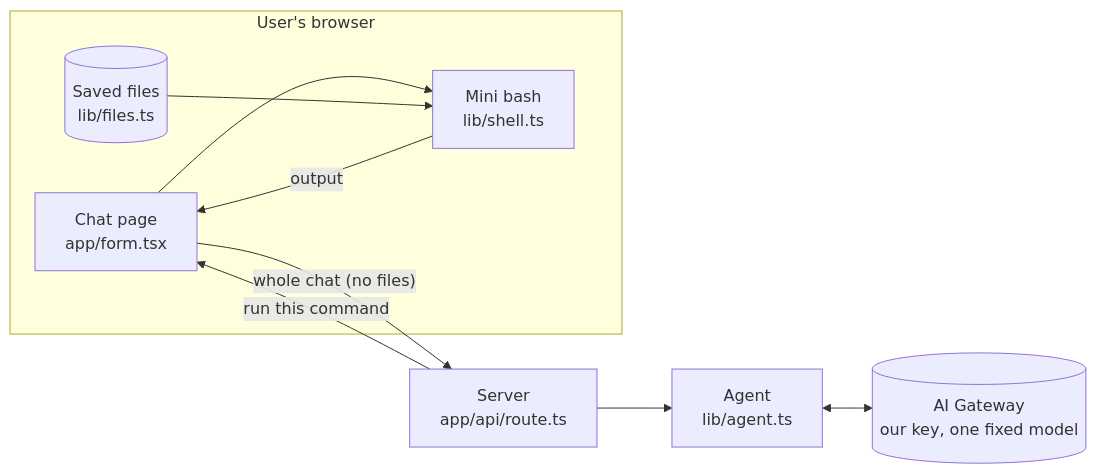
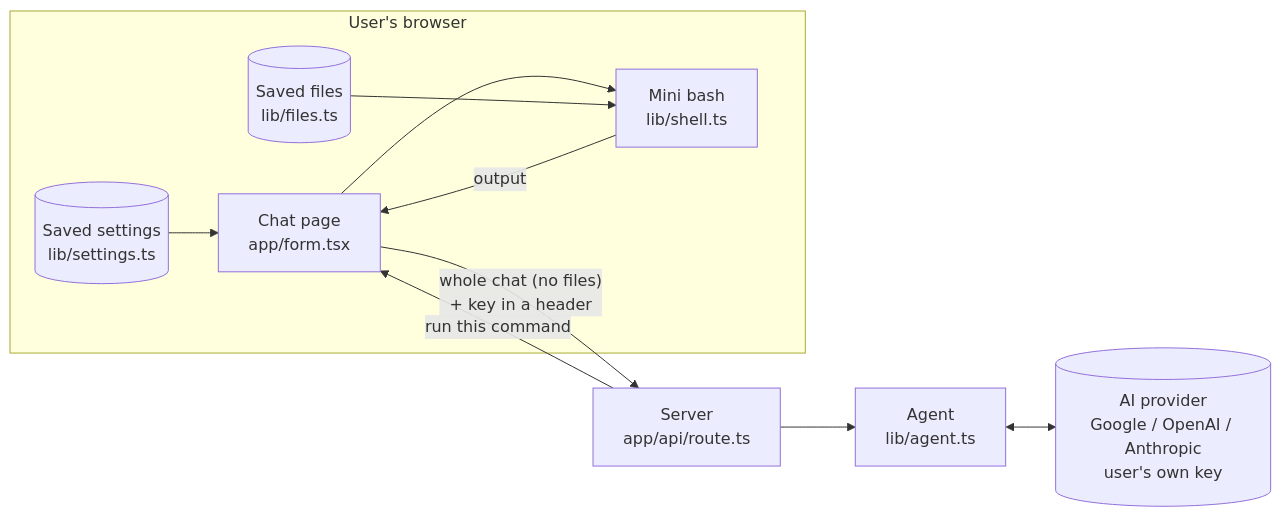
One commit to khushpanchal/filesystem-agent changed the first of 3 diagrams in docs/hld.md. Above: the diagram before and after it, drawn with Mermaid. The commit also changed other lines of this file and 9 other files, not shown here.

First line of the commit message:
feat(byok): steps 9-10 bring your own API key

````diff
--- a/docs/hld.md
+++ b/docs/hld.md
@@ -13,19 +13,21 @@
 ```mermaid
 flowchart LR
   subgraph Browser["User's browser"]
     UI["Chat page<br/>app/form.tsx"]
     FILES[("Saved files<br/>lib/files.ts")]
     SH["Mini bash<br/>lib/shell.ts"]
+    KEY[("Saved settings<br/>lib/settings.ts")]
   end
   R["Server<br/>app/api/route.ts"]
   A["Agent<br/>lib/agent.ts"]
-  G[("AI Gateway<br/>our key, one fixed model")]
+  G[("AI provider<br/>Google / OpenAI / Anthropic<br/>user's own key")]
 
-  UI -- "whole chat (no files)" --> R
+  KEY --> UI
+  UI -- "whole chat (no files)<br/>+ key in a header" --> R
   R --> A
   A <--> G
   R -- "run this command" --> UI
   UI --> SH
   FILES --> SH
   SH -- "output" --> UI
 ```
````
